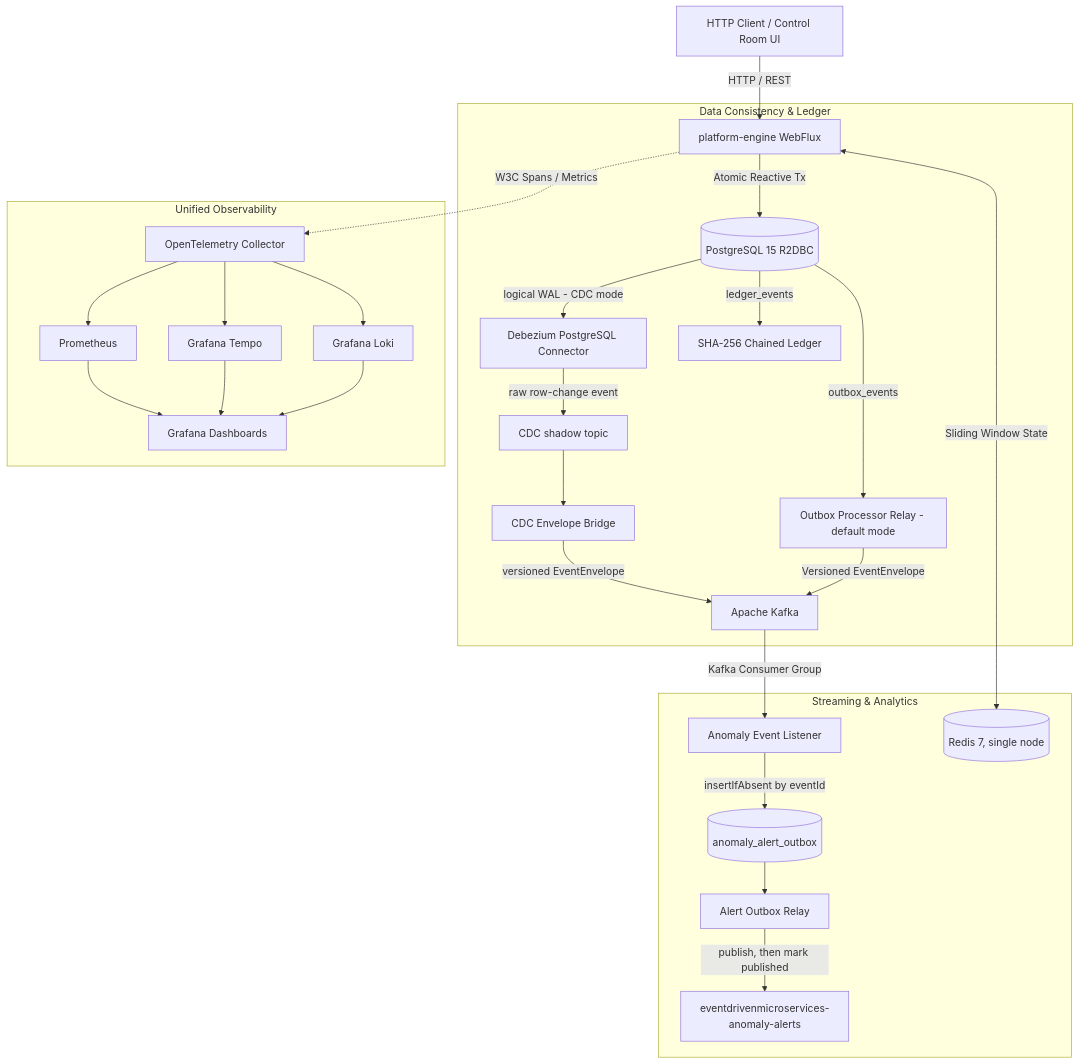
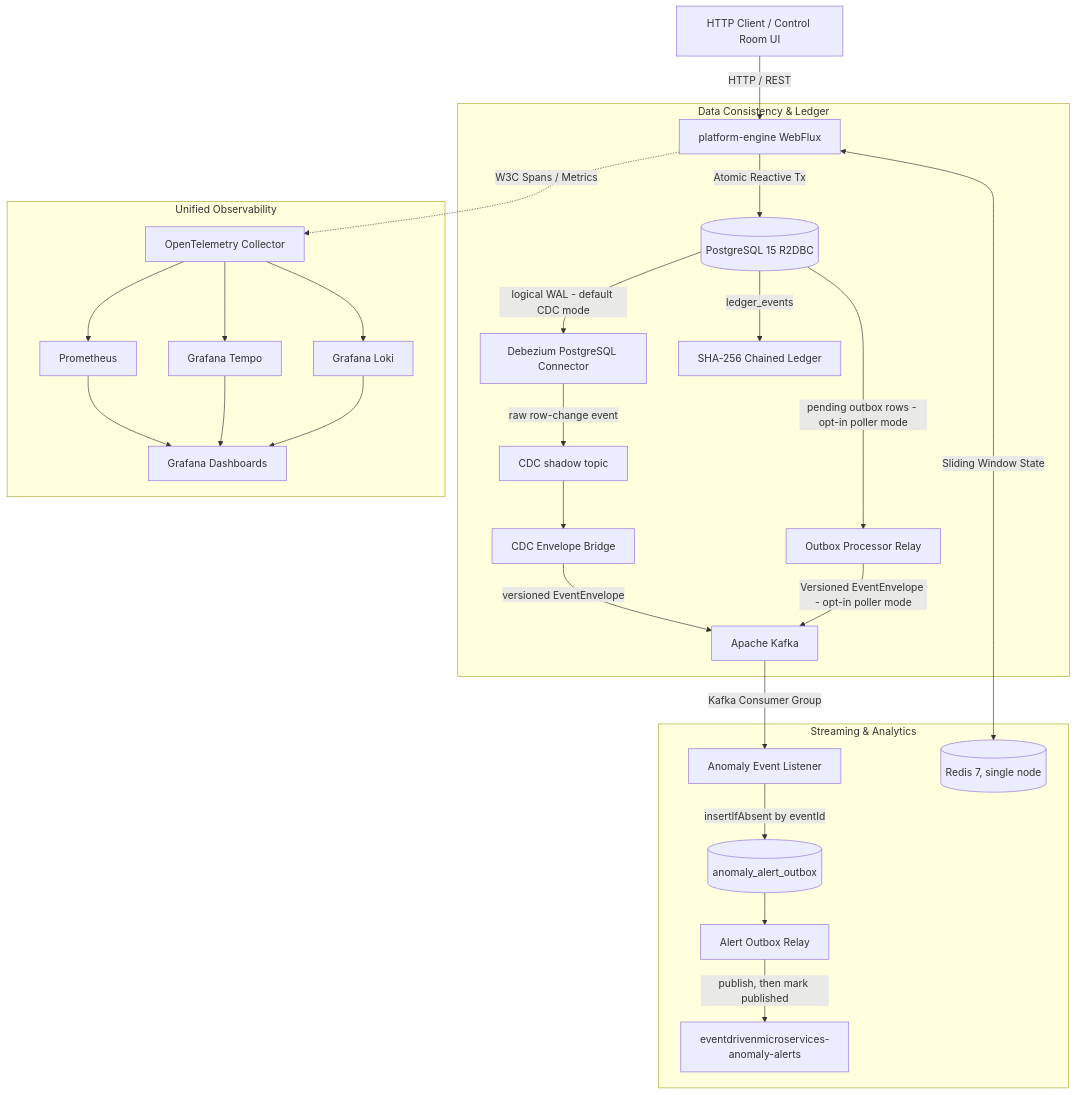
One commit to andreruizdev/event-driven-platform changed the diagram in docs/architecture.md. Above: the diagram before and after it, drawn with Mermaid. The commit also changed other lines of this file and 2 other files, not shown here.

````diff
--- a/docs/architecture.md
+++ b/docs/architecture.md
@@ -17,33 +17,33 @@
 ```mermaid
 flowchart TD
     Client[HTTP Client / Control Room UI] -->|HTTP / REST| API[platform-engine WebFlux]
     
     subgraph Data Consistency & Ledger
         API -->|Atomic Reactive Tx| PG[(PostgreSQL 15 R2DBC)]
-        PG -->|outbox_events| RELAY[Outbox Processor Relay - default mode]
-        PG -->|logical WAL - CDC mode| DEBEZIUM[Debezium PostgreSQL Connector]
+        PG -->|pending outbox rows - opt-in poller mode| RELAY[Outbox Processor Relay]
+        PG -->|logical WAL - default CDC mode| DEBEZIUM[Debezium PostgreSQL Connector]
         DEBEZIUM -->|raw row-change event| CDC[CDC shadow topic]
         CDC --> BRIDGE[CDC Envelope Bridge]
         BRIDGE -->|versioned EventEnvelope| KAFKA
         PG -->|ledger_events| LEDGER[SHA-256 Chained Ledger]
     end
 
     subgraph Streaming & Analytics
-        RELAY -->|Versioned EventEnvelope| KAFKA[Apache Kafka]
+        RELAY -->|Versioned EventEnvelope - opt-in poller mode| KAFKA[Apache Kafka]
         KAFKA -->|Kafka Consumer Group| LISTENER[Anomaly Event Listener]
         LISTENER -->|insertIfAbsent by eventId| ALERTBOX[(anomaly_alert_outbox)]
         ALERTBOX --> ALERTRELAY[Alert Outbox Relay]
         ALERTRELAY -->|publish, then mark published| ALERT[eventdrivenmicroservices-anomaly-alerts]
         API <-->|Sliding Window State| REDIS[(Redis 7, single node)]
     end
 
     subgraph Unified Observability
         API -. W3C Spans / Metrics .-> OTEL[OpenTelemetry Collector]
         OTEL --> PROM[Prometheus]
         OTEL --> TEMPO[Grafana Tempo]
         OTEL --> LOKI[Grafana Loki]
         PROM --> GRAFANA[Grafana Dashboards]
         TEMPO --> GRAFANA
         LOKI --> GRAFANA
     end
 ```
````
